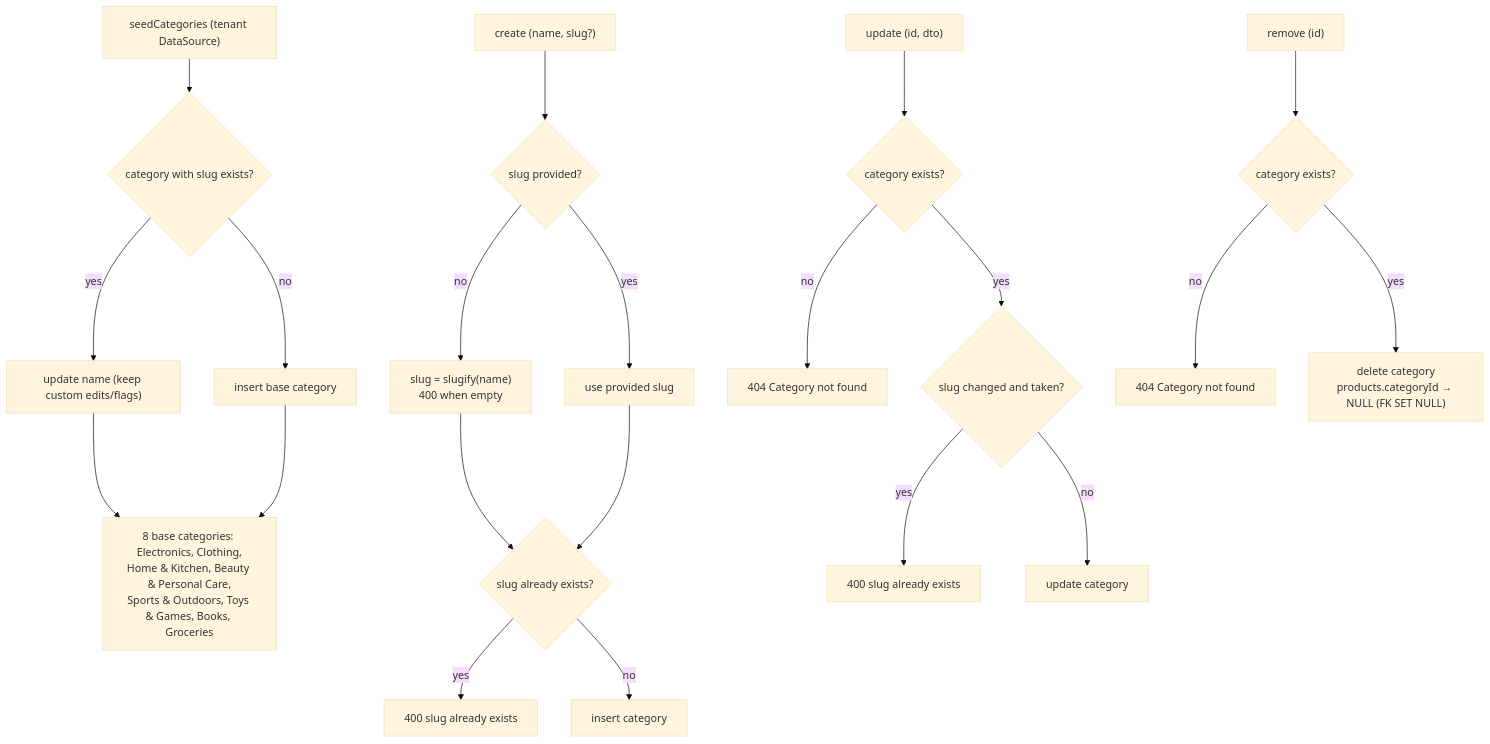
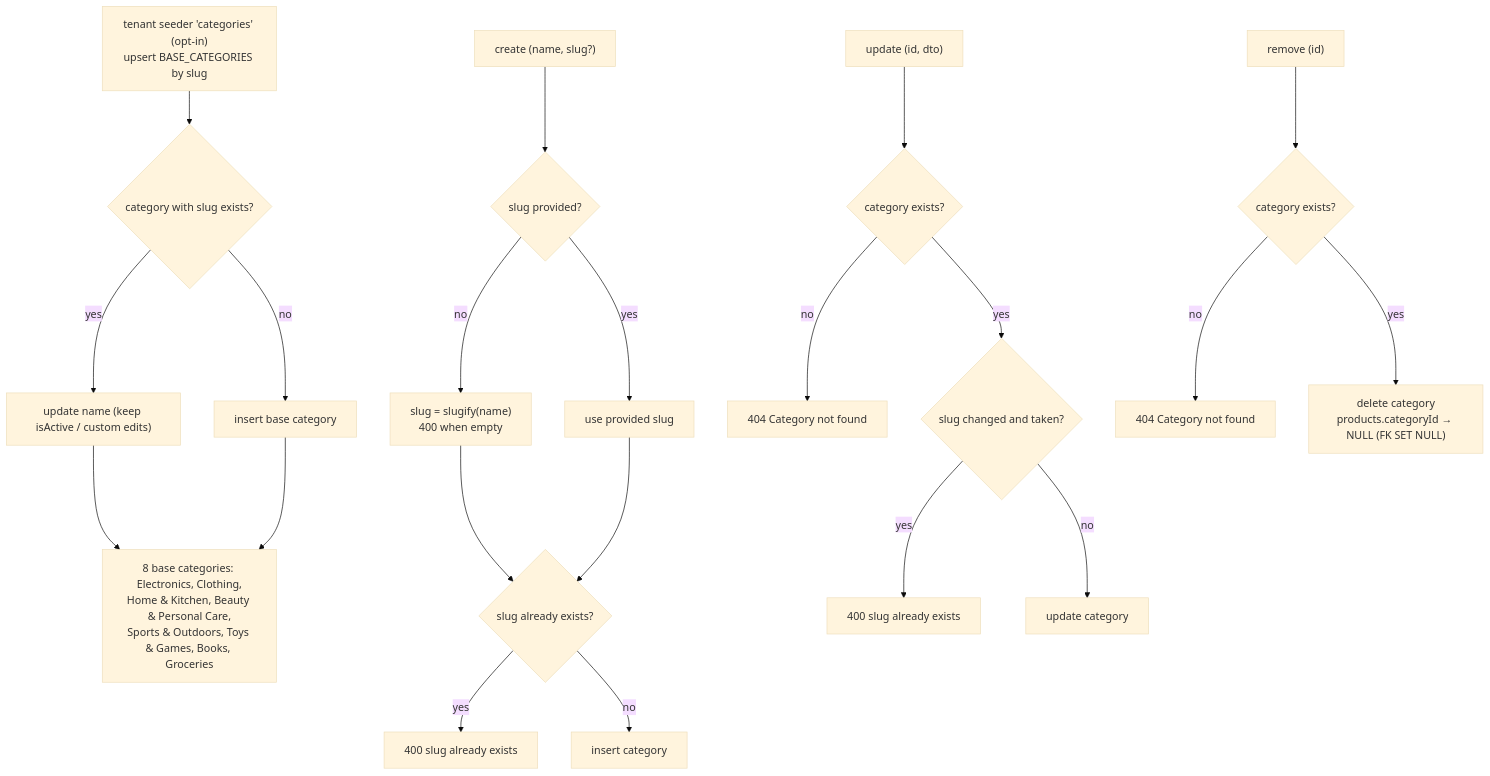
One commit to DevBassel/saas_commerce changed the second of 2 diagrams in apps/api/src/modules/categories/workflow.md. Above: the diagram before and after it, drawn with Mermaid (base theme). The commit also changed other lines of this file and 158 other files, not shown here.

````diff
--- a/apps/api/src/modules/categories/workflow.md
+++ b/apps/api/src/modules/categories/workflow.md
@@ -30,25 +32,25 @@
 ```mermaid
 flowchart TD
-    SEED["seedCategories (tenant DataSource)"] --> SC1{"category with slug exists?"}
-    SC1 -->|"yes"| SC2["update name (keep custom edits/flags)"]
+    BASE["tenant seeder 'categories' (opt-in)<br/>upsert BASE_CATEGORIES by slug"] --> SC1{"category with slug exists?"}
+    SC1 -->|"yes"| SC2["update name (keep isActive / custom edits)"]
     SC1 -->|"no"| SC3["insert base category"]
     SC2 --> SCD["8 base categories: Electronics, Clothing,<br/>Home & Kitchen, Beauty & Personal Care,<br/>Sports & Outdoors, Toys & Games, Books, Groceries"]
     SC3 --> SCD
 
     CREATE["create (name, slug?)"] --> C0{"slug provided?"}
     C0 -->|"no"| C1["slug = slugify(name)<br/>400 when empty"]
     C0 -->|"yes"| C2["use provided slug"]
     C1 --> C3
     C2 --> C3
     C3{"slug already exists?"} -->|"yes"| C3E["400 slug already exists"]
     C3 -->|"no"| C4["insert category"]
 
     UPDATE["update (id, dto)"] --> U1{"category exists?"} -->|"no"| U1E["404 Category not found"]
     U1 -->|"yes"| U2{"slug changed and taken?"}
     U2 -->|"yes"| U2E["400 slug already exists"]
     U2 -->|"no"| U3["update category"]
 
     REMOVE["remove (id)"] --> D1
     D1{"category exists?"} -->|"no"| D1E["404 Category not found"]
     D1 -->|"yes"| D2["delete category<br/>products.categoryId → NULL (FK SET NULL)"]
 ```
````
